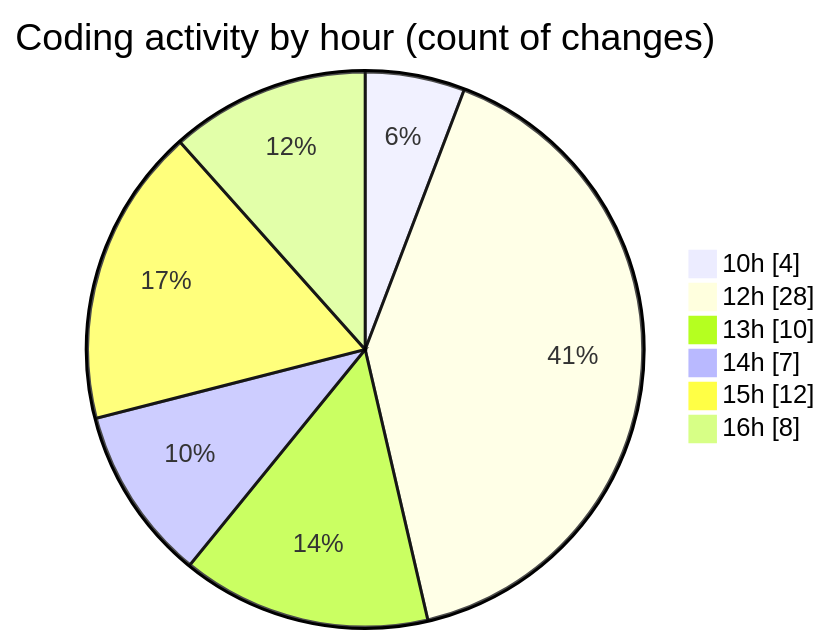
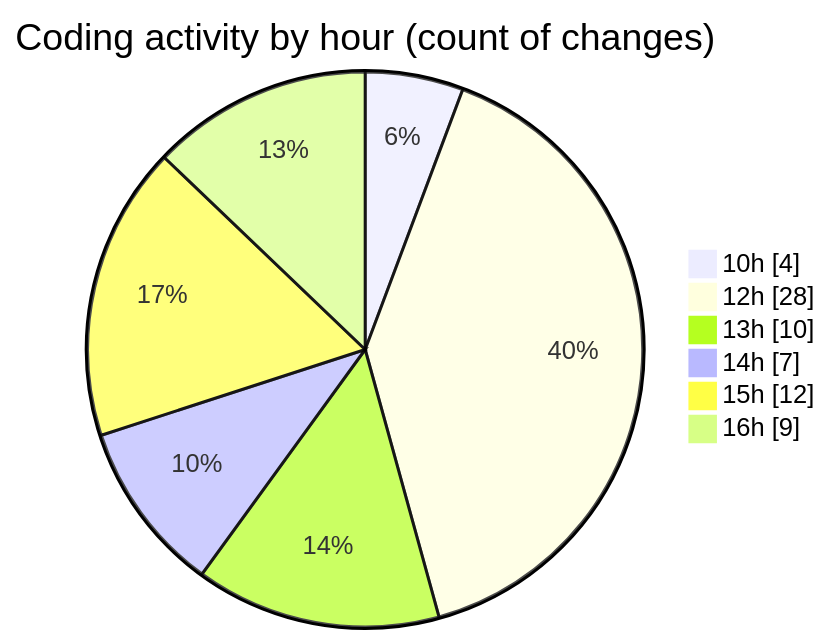
One commit to nxtqubesakshisongat/code-tracking changed the second of 2 diagrams in 2025-05-22/nxtqube_webapp/README.md. Above: the diagram before and after it, drawn with Mermaid. The commit also changed other lines of this file and 1 other file, not shown here.

````diff
--- a/2025-05-22/nxtqube_webapp/README.md
+++ b/2025-05-22/nxtqube_webapp/README.md
@@ -33,10 +33,10 @@
 ```mermaid
 pie showData
 title Coding activity by hour (count of changes)
 "10h" : 4
 "12h" : 28
 "13h" : 10
 "14h" : 7
 "15h" : 12
-"16h" : 8
+"16h" : 9
 ```
````
